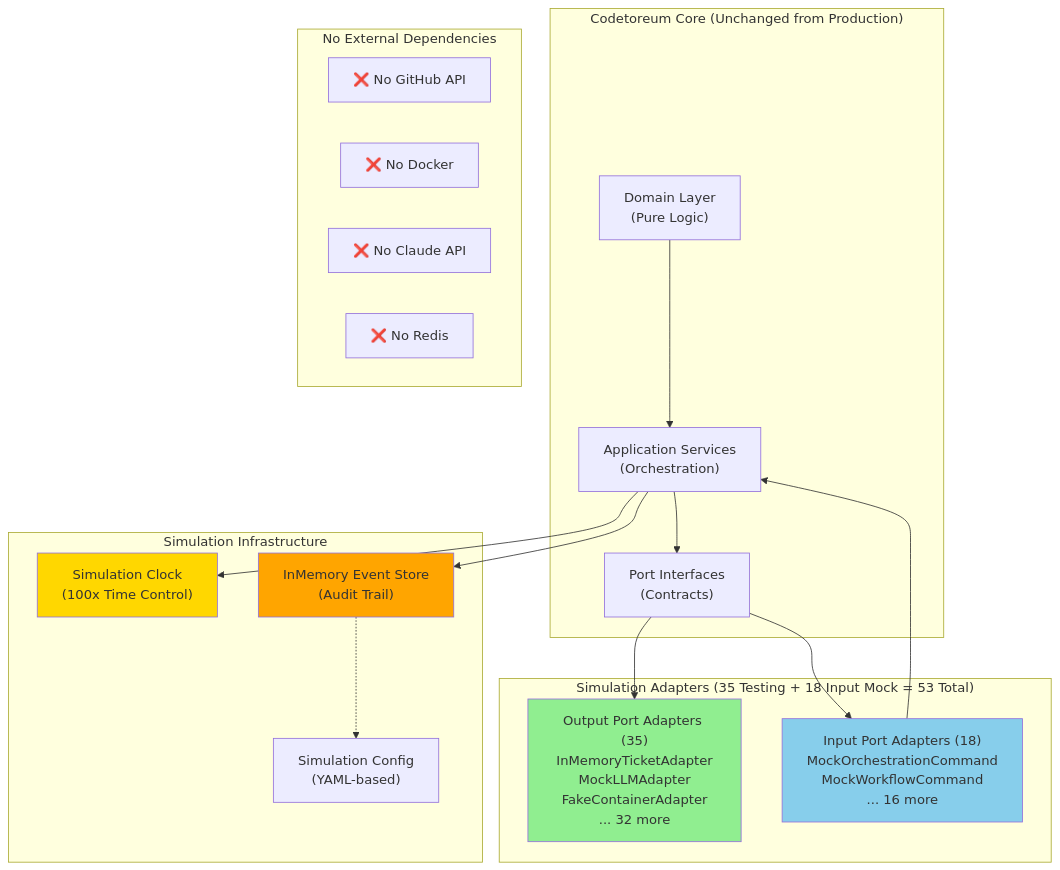
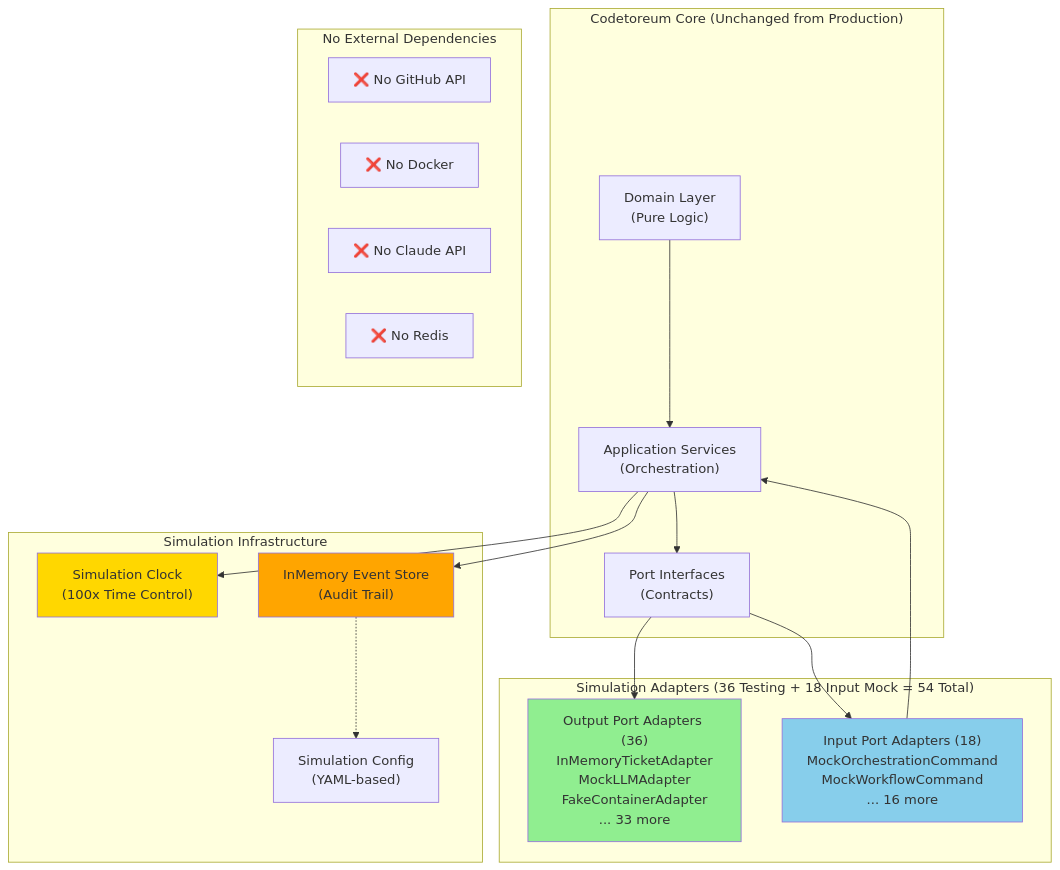
One commit to tinkermonkey/codetoreum changed the diagram in documentation/implementations/simulation/overview.md. Above: the diagram before and after it, drawn with Mermaid. The commit also changed other lines of this file and 4 other files, not shown here.

````diff
--- a/documentation/implementations/simulation/overview.md
+++ b/documentation/implementations/simulation/overview.md
@@ -308,42 +309,42 @@
 ```mermaid
 flowchart TB
     subgraph "Codetoreum Core (Unchanged from Production)"
         domain["Domain Layer<br/>(Pure Logic)"]
         app["Application Services<br/>(Orchestration)"]
         ports["Port Interfaces<br/>(Contracts)"]
     end
     
-    subgraph "Simulation Adapters (35 Testing + 18 Input Mock = 53 Total)"
-        output_mocks["Output Port Adapters (35)<br/>InMemoryTicketAdapter<br/>MockLLMAdapter<br/>FakeContainerAdapter<br/>... 32 more"]
+    subgraph "Simulation Adapters (36 Testing + 18 Input Mock = 54 Total)"
+        output_mocks["Output Port Adapters (36)<br/>InMemoryTicketAdapter<br/>MockLLMAdapter<br/>FakeContainerAdapter<br/>... 33 more"]
         input_mocks["Input Port Adapters (18)<br/>MockOrchestrationCommand<br/>MockWorkflowCommand<br/>... 16 more"]
     end
     
     subgraph "Simulation Infrastructure"
         clock["Simulation Clock<br/>(100x Time Control)"]
         event_store["InMemory Event Store<br/>(Audit Trail)"]
         config["Simulation Config<br/>(YAML-based)"]
     end
     
     subgraph "No External Dependencies"
         no_github["❌ No GitHub API"]
         no_docker["❌ No Docker"]
         no_claude["❌ No Claude API"]
         no_redis["❌ No Redis"]
     end
     
     domain --> app
     app --> ports
     ports --> output_mocks
     ports --> input_mocks
     
     app --> event_store
     app --> clock
     event_store -.-> config
     
     input_mocks --> app
     
     style output_mocks fill:#90EE90
     style input_mocks fill:#87CEEB
     style clock fill:#FFD700
     style event_store fill:#FFA500
 ```
````
